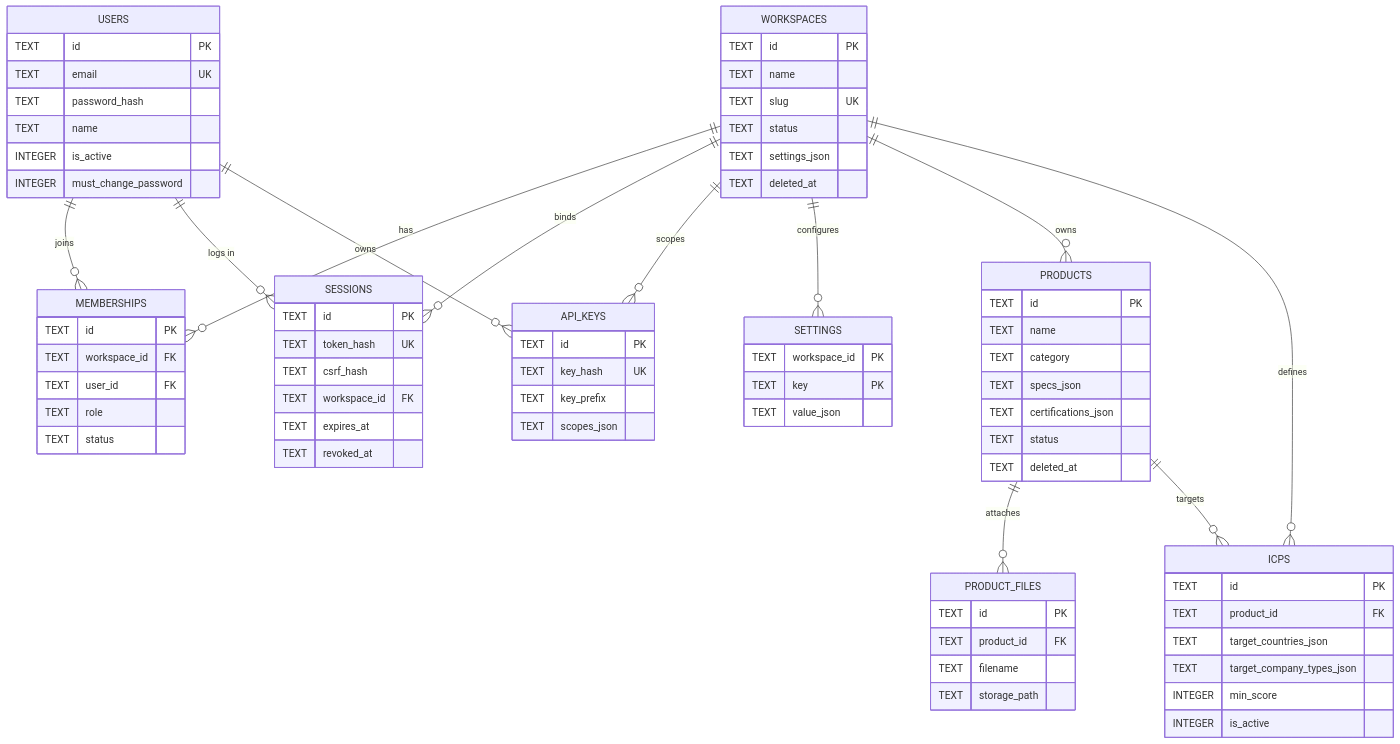
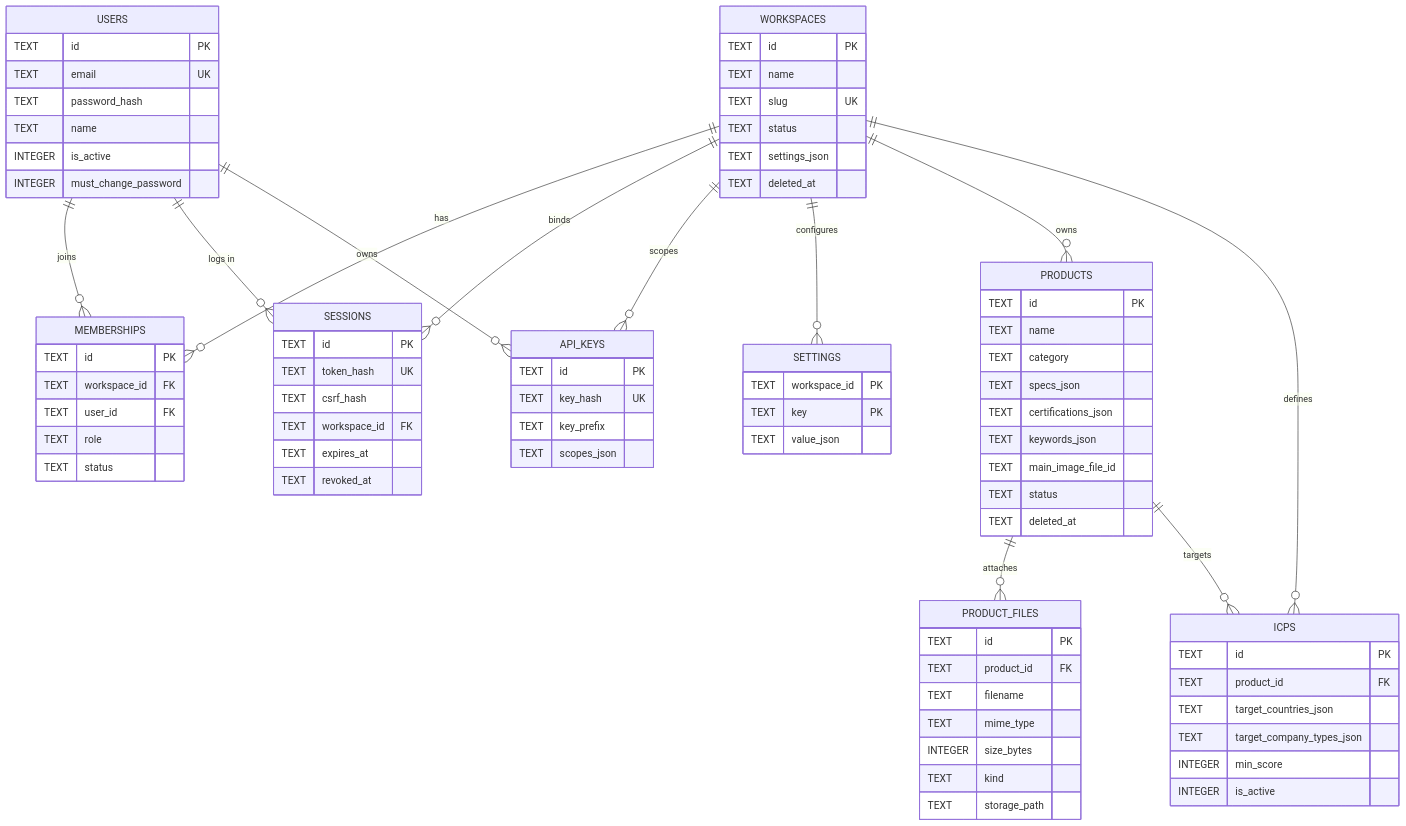
One commit to zhirai-tech/ai-lead-generation-crm changed the first of 3 diagrams in docs/DATA-MODEL.md. Above: the diagram before and after it, drawn with Mermaid. The commit also changed other lines of this file and 52 other files, not shown here.

```diff
--- a/docs/DATA-MODEL.md
+++ b/docs/DATA-MODEL.md
@@ -126,6 +131,8 @@
         TEXT category
         TEXT specs_json
         TEXT certifications_json
+        TEXT keywords_json
+        TEXT main_image_file_id
         TEXT status
         TEXT deleted_at
     }
@@ -133,6 +140,9 @@
         TEXT id PK
         TEXT product_id FK
         TEXT filename
+        TEXT mime_type
+        INTEGER size_bytes
+        TEXT kind
         TEXT storage_path
     }
     ICPS {
```
